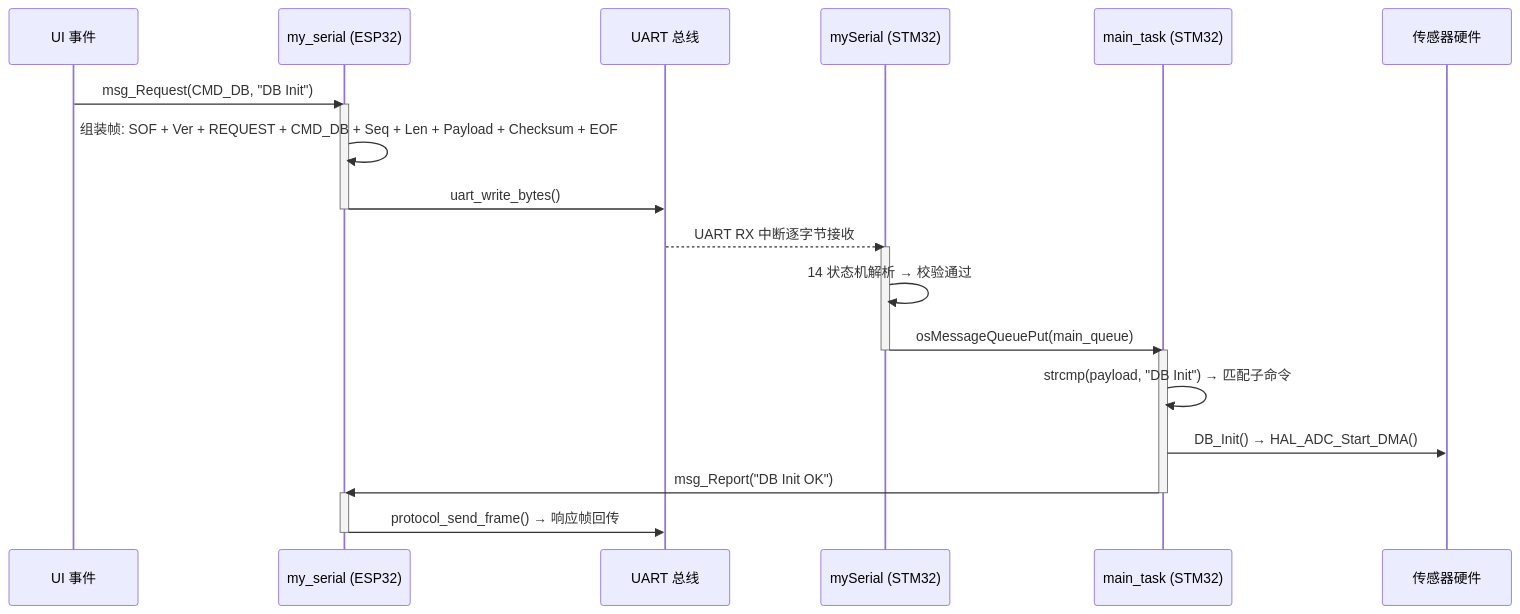
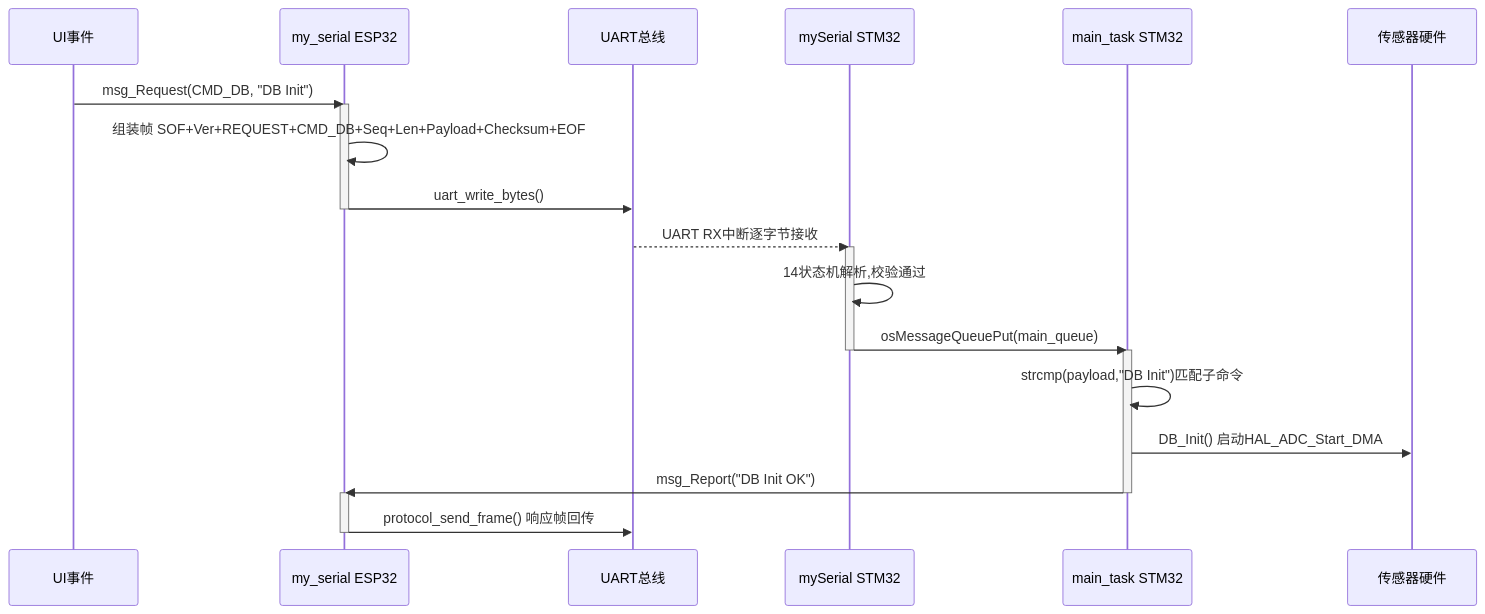
One commit to Li-HF2025/-enviroment_monitor_-_1_ changed the fourth of 5 diagrams in README.md. Above: the diagram before and after it, drawn with Mermaid. The commit also changed other lines of this file, not shown here.

First line of the commit message:
Fix Mermaid diagram syntax for GitHub rendering compatibility

````diff
--- a/README.md
+++ b/README.md
@@ -1077,31 +1074,31 @@
 ```mermaid
 sequenceDiagram
-    participant UI as UI 事件
-    participant SER as my_serial (ESP32)
-    participant UART as UART 总线
-    participant STM as mySerial (STM32)
-    participant MAIN as main_task (STM32)
+    participant UI as UI事件
+    participant SER as my_serial ESP32
+    participant UART as UART总线
+    participant STM as mySerial STM32
+    participant MAIN as main_task STM32
     participant HW as 传感器硬件
 
     UI->>SER: msg_Request(CMD_DB, "DB Init")
     activate SER
-    SER->>SER: 组装帧: SOF + Ver + REQUEST + CMD_DB + Seq + Len + Payload + Checksum + EOF
+    SER->>SER: 组装帧 SOF+Ver+REQUEST+CMD_DB+Seq+Len+Payload+Checksum+EOF
     SER->>UART: uart_write_bytes()
     deactivate SER
 
-    UART-->>STM: UART RX 中断逐字节接收
+    UART-->>STM: UART RX中断逐字节接收
     activate STM
-    STM->>STM: 14 状态机解析 → 校验通过
+    STM->>STM: 14状态机解析,校验通过
     STM->>MAIN: osMessageQueuePut(main_queue)
     deactivate STM
 
     activate MAIN
-    MAIN->>MAIN: strcmp(payload, "DB Init") → 匹配子命令
-    MAIN->>HW: DB_Init() → HAL_ADC_Start_DMA()
+    MAIN->>MAIN: strcmp(payload,"DB Init")匹配子命令
+    MAIN->>HW: DB_Init() 启动HAL_ADC_Start_DMA
     MAIN->>SER: msg_Report("DB Init OK")
     deactivate MAIN
 
     activate SER
-    SER->>UART: protocol_send_frame() → 响应帧回传
+    SER->>UART: protocol_send_frame() 响应帧回传
     deactivate SER
 ```
````
